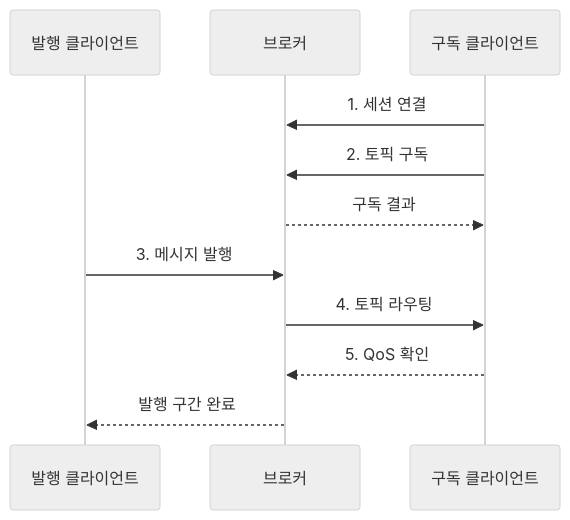
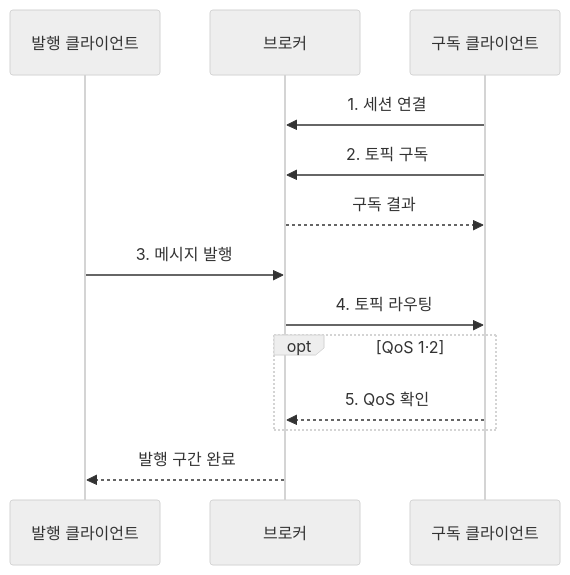
Before and after one commit to agnusdei1207/knowledge-base: the second of 2 diagrams in src/content/docs/notes/04-network/078_mqtt.md, drawn with Mermaid (neutral theme). The commit also changed other lines of this file and 20 other files, not shown here.

````diff
--- a/src/content/docs/notes/04-network/078_mqtt.md
+++ b/src/content/docs/notes/04-network/078_mqtt.md
@@ -84,13 +93,15 @@
 ```mermaid
 sequenceDiagram
     participant P as 발행 클라이언트
     participant B as 브로커
     participant S as 구독 클라이언트
     S->>B: 1. 세션 연결
     S->>B: 2. 토픽 구독
     B-->>S: 구독 결과
     P->>B: 3. 메시지 발행
     B->>S: 4. 토픽 라우팅
-    S-->>B: 5. QoS 확인
+    opt QoS 1·2
+        S-->>B: 5. QoS 확인
+    end
     B-->>P: 발행 구간 완료
 ```
````
